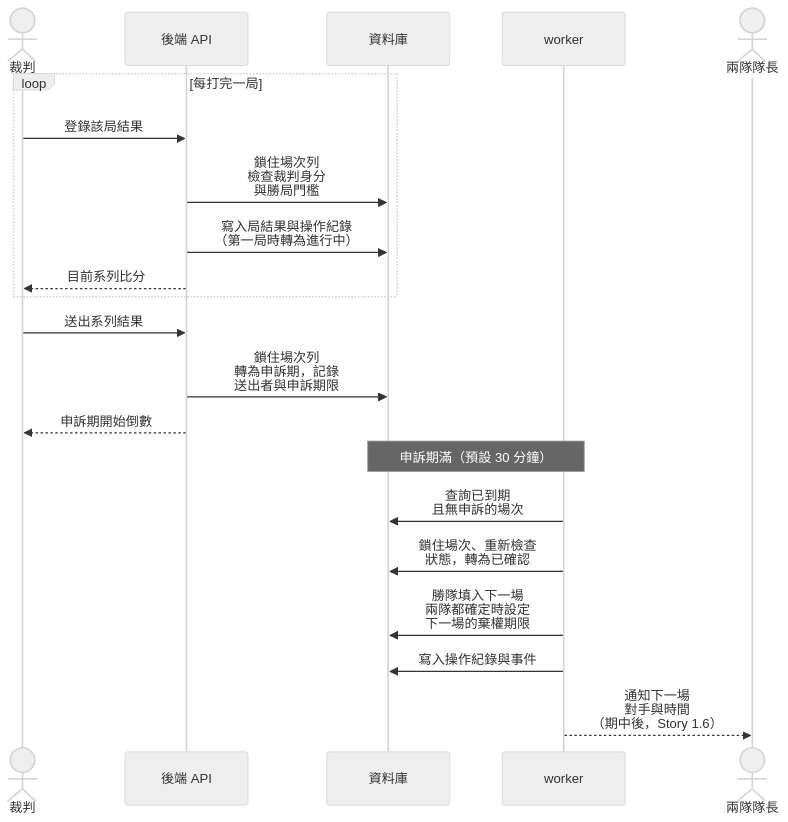
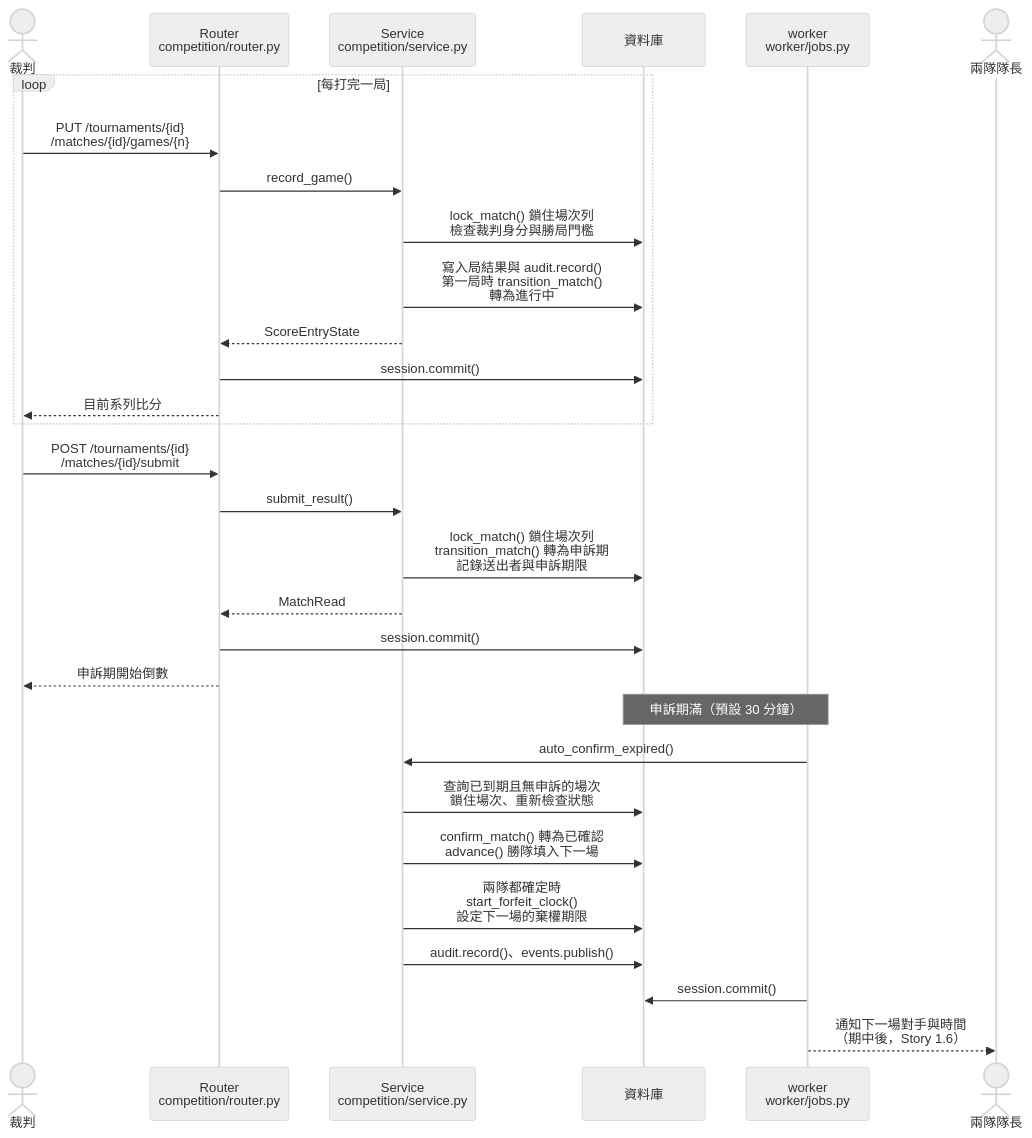
Diagram 18 of 19 in docs/midterm/B-軟體需求分析文件.md (Team14good/esport-platform), drawn with Mermaid (neutral theme) before and after one commit. The commit also changed other lines of this file and 27 other files, not shown here.

First line of the commit message:
docs: B、C、D 其餘的圖全部對照程式標註

````diff
--- a/docs/midterm/B-軟體需求分析文件.md
+++ b/docs/midterm/B-軟體需求分析文件.md
@@ -1417,23 +1486,32 @@
 ```mermaid
 sequenceDiagram
   actor Ref as 裁判
-  participant API as 後端 API
+  participant R as Router<br/>competition/router.py
+  participant S as Service<br/>competition/service.py
   participant DB as 資料庫
-  participant W as worker
+  participant W as worker<br/>worker/jobs.py
   actor Cap as 兩隊隊長
   loop 每打完一局
-    Ref->>API: 登錄該局結果
-    API->>DB: 鎖住場次列<br/>檢查裁判身分<br/>與勝局門檻
-    API->>DB: 寫入局結果與操作紀錄<br/>（第一局時轉為進行中）
-    API-->>Ref: 目前系列比分
+    Ref->>R: PUT /tournaments/{id}<br/>/matches/{id}/games/{n}
+    R->>S: record_game()
+    S->>DB: lock_match() 鎖住場次列<br/>檢查裁判身分與勝局門檻
+    S->>DB: 寫入局結果與 audit.record()<br/>第一局時 transition_match()<br/>轉為進行中
+    S-->>R: ScoreEntryState
+    R->>DB: session.commit()
+    R-->>Ref: 目前系列比分
   end
-  Ref->>API: 送出系列結果
-  API->>DB: 鎖住場次列<br/>轉為申訴期，記錄<br/>送出者與申訴期限
-  API-->>Ref: 申訴期開始倒數
+  Ref->>R: POST /tournaments/{id}<br/>/matches/{id}/submit
+  R->>S: submit_result()
+  S->>DB: lock_match() 鎖住場次列<br/>transition_match() 轉為申訴期<br/>記錄送出者與申訴期限
+  S-->>R: MatchRead
+  R->>DB: session.commit()
+  R-->>Ref: 申訴期開始倒數
   Note over DB,W: 申訴期滿（預設 30 分鐘）
-  W->>DB: 查詢已到期<br/>且無申訴的場次
-  W->>DB: 鎖住場次、重新檢查<br/>狀態，轉為已確認
-  W->>DB: 勝隊填入下一場<br/>兩隊都確定時設定<br/>下一場的棄權期限
-  W->>DB: 寫入操作紀錄與事件
-  W-->>Cap: 通知下一場<br/>對手與時間<br/>（期中後，Story 1.6）
+  W->>S: auto_confirm_expired()
+  S->>DB: 查詢已到期且無申訴的場次<br/>鎖住場次、重新檢查狀態
+  S->>DB: confirm_match() 轉為已確認<br/>advance() 勝隊填入下一場
+  S->>DB: 兩隊都確定時<br/>start_forfeit_clock()<br/>設定下一場的棄權期限
+  S->>DB: audit.record()、events.publish()
+  W->>DB: session.commit()
+  W-->>Cap: 通知下一場對手與時間<br/>（期中後，Story 1.6）
 ```
````
